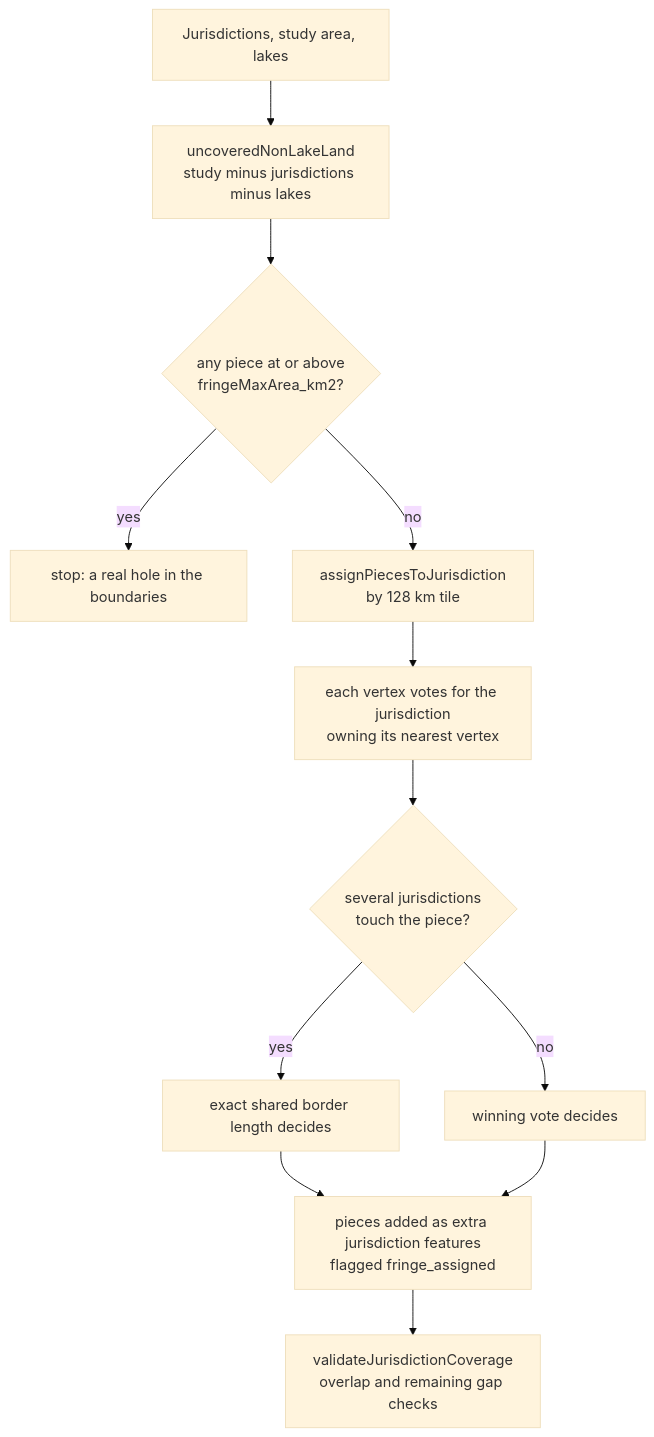
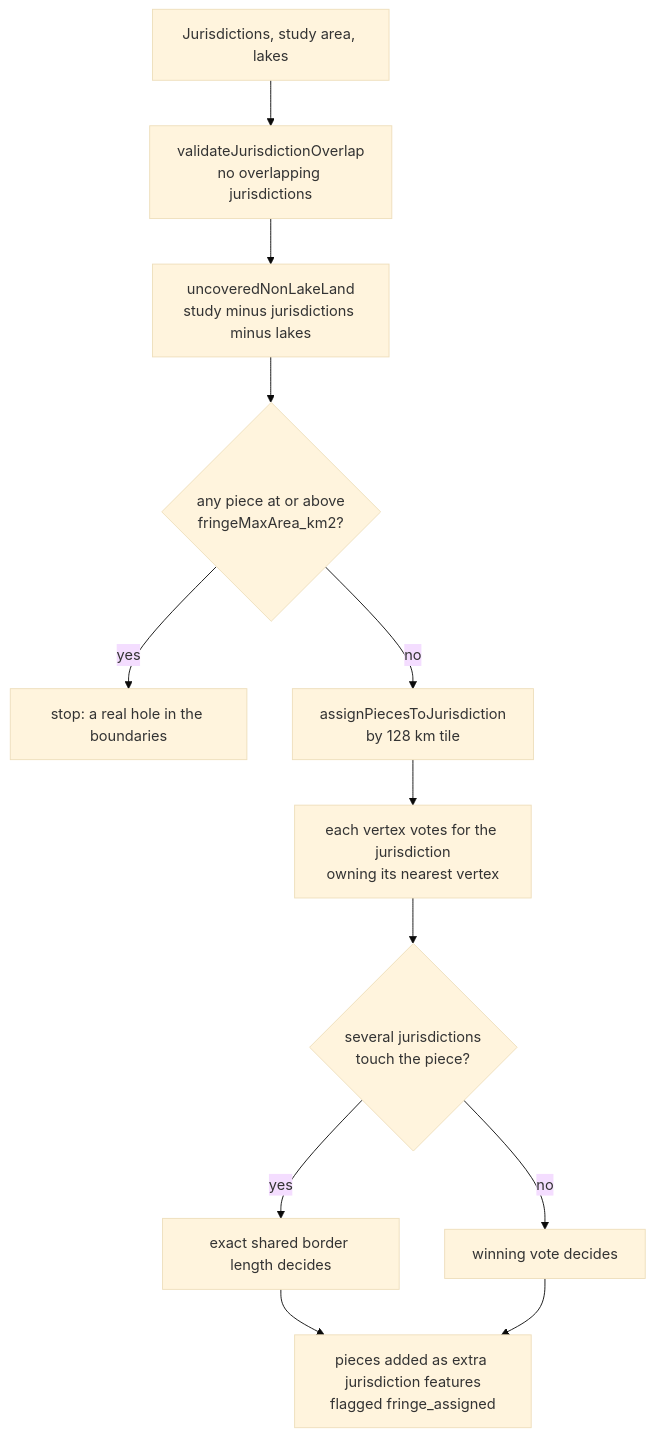
The second of 5 diagrams in README.md (pedrogit/RiparianBuffers), drawn with Mermaid (base theme) before and after one commit. The commit also changed other lines of this file and 3 other files, not shown here.

````diff
--- a/README.md
+++ b/README.md
@@ -212,14 +212,14 @@
 ```mermaid
 flowchart TD
-    A["Jurisdictions, study area, lakes"] --> B["uncoveredNonLakeLand<br/>study minus jurisdictions minus lakes"]
+    A["Jurisdictions, study area, lakes"] --> O["validateJurisdictionOverlap<br/>no overlapping jurisdictions"]
+    O --> B["uncoveredNonLakeLand<br/>study minus jurisdictions minus lakes"]
     B --> C{"any piece at or above<br/>fringeMaxArea_km2?"}
     C -- yes --> X["stop: a real hole in the boundaries"]
     C -- no --> D["assignPiecesToJurisdiction<br/>by 128 km tile"]
     D --> E["each vertex votes for the jurisdiction<br/>owning its nearest vertex"]
     E --> G{"several jurisdictions<br/>touch the piece?"}
     G -- yes --> H["exact shared border length decides"]
     G -- no --> I["winning vote decides"]
     H --> J["pieces added as extra jurisdiction features<br/>flagged fringe_assigned"]
     I --> J
-    J --> K["validateJurisdictionCoverage<br/>overlap and remaining gap checks"]
 ```
````
